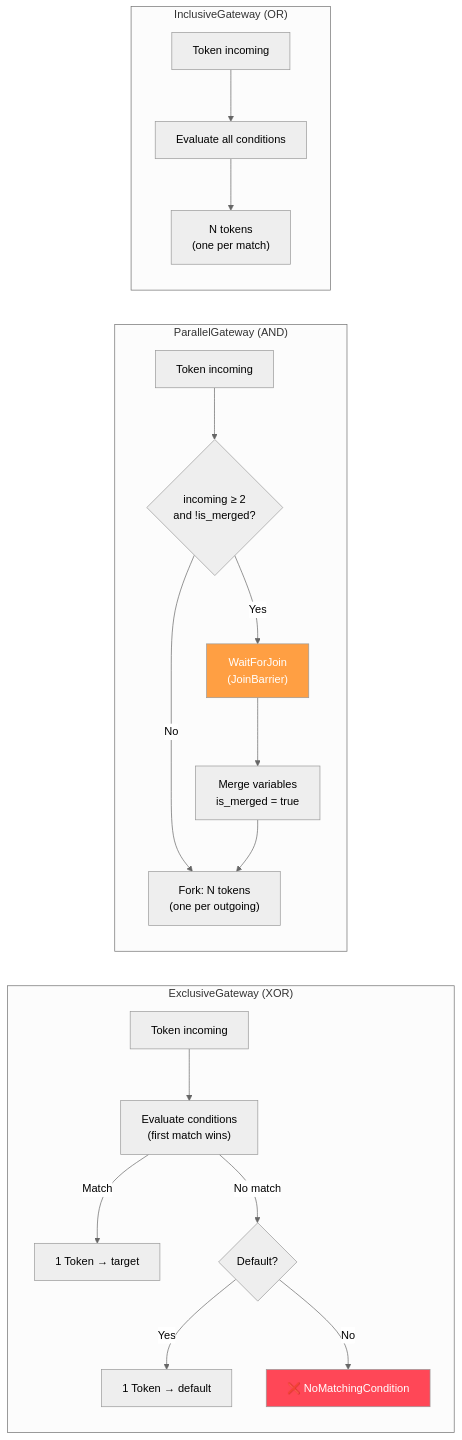
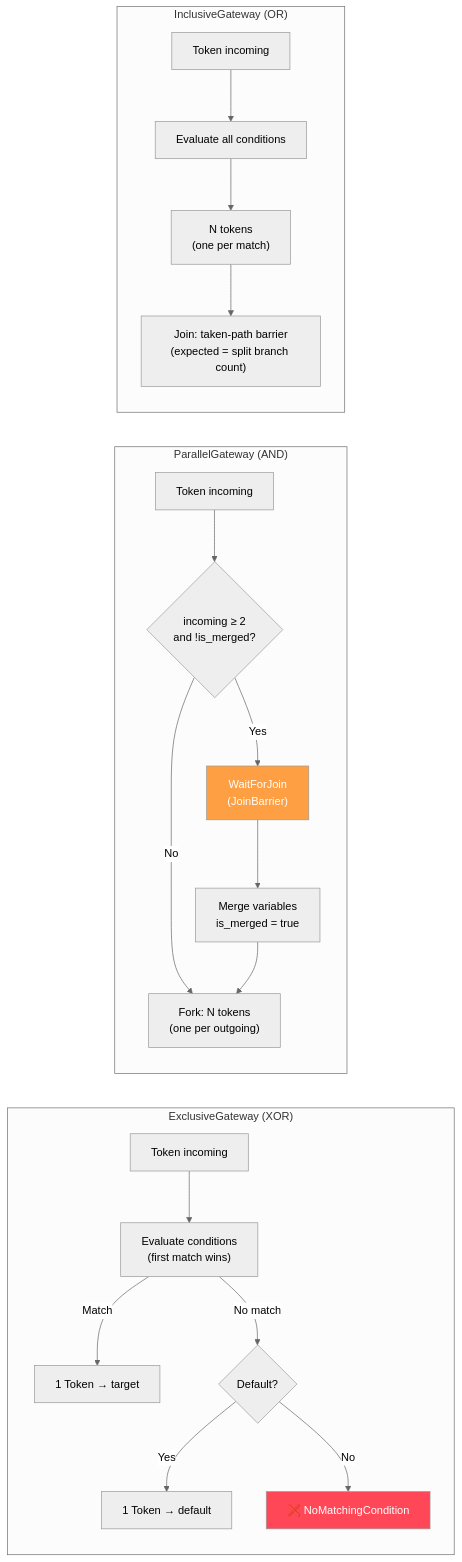
The sixth of 8 diagrams in docs/architecture.md (maatini/bpmninja), drawn with Mermaid (neutral theme) before and after one commit. The commit also changed other lines of this file and 11 other files, not shown here.

````diff
--- a/docs/architecture.md
+++ b/docs/architecture.md
@@ -339,26 +339,27 @@
 ```mermaid
 flowchart LR
     subgraph "ExclusiveGateway (XOR)"
         XOR_IN["Token incoming"] --> XOR_EVAL["Evaluate conditions<br/>(first match wins)"]
         XOR_EVAL -->|Match| XOR_OUT["1 Token → target"]
         XOR_EVAL -->|No match| XOR_DEF{"Default?"}
         XOR_DEF -->|Yes| XOR_OUT2["1 Token → default"]
         XOR_DEF -->|No| XOR_ERR["❌ NoMatchingCondition"]
     end
 
     subgraph "ParallelGateway (AND)"
         AND_IN["Token incoming"] --> AND_CHECK{"incoming ≥ 2<br/>and !is_merged?"}
         AND_CHECK -->|Yes| AND_WAIT["WaitForJoin<br/>(JoinBarrier)"]
         AND_CHECK -->|No| AND_FORK["Fork: N tokens<br/>(one per outgoing)"]
         AND_WAIT --> AND_MERGE["Merge variables<br/>is_merged = true"]
         AND_MERGE --> AND_FORK
     end
 
     subgraph "InclusiveGateway (OR)"
         OR_IN["Token incoming"] --> OR_EVAL["Evaluate all conditions"]
         OR_EVAL --> OR_FORK["N tokens<br/>(one per match)"]
+        OR_FORK --> OR_JOIN["Join: taken-path barrier<br/>(expected = split branch count)"]
     end
 
     style XOR_ERR fill:#ff4757,color:#fff
     style AND_WAIT fill:#ff9f43,color:#fff
 ```
````
